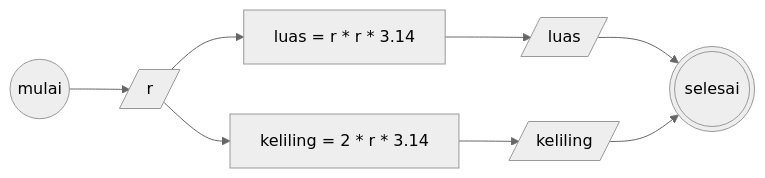
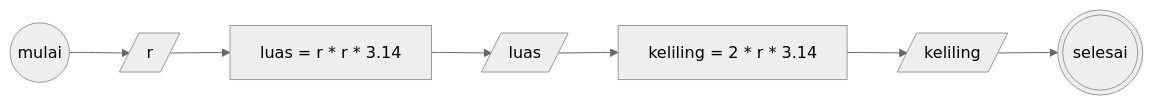
Before and after one commit to daberpro/koda-b10-algoritma: the second of 2 diagrams in README.md, drawn with Mermaid (neutral theme).

````diff
--- a/README.md
+++ b/README.md
@@ -49,20 +49,19 @@
 ```mermaid
 
 flowchart LR
     Start((mulai))
     Input[/r/]
     P1_1[luas = r * r * 3.14]
     P1_2[keliling = 2 * r * 3.14]
     Output1_1[/luas/]
     Output1_2[/keliling/]
     End(((selesai)))
 
     Start --> Input
     Input --> P1_1
-    Input --> P1_2
     P1_1 --> Output1_1
+    Output1_1 --> P1_2
     P1_2 --> Output1_2
-    Output1_1 --> End
     Output1_2 --> End
 
 ```
````
